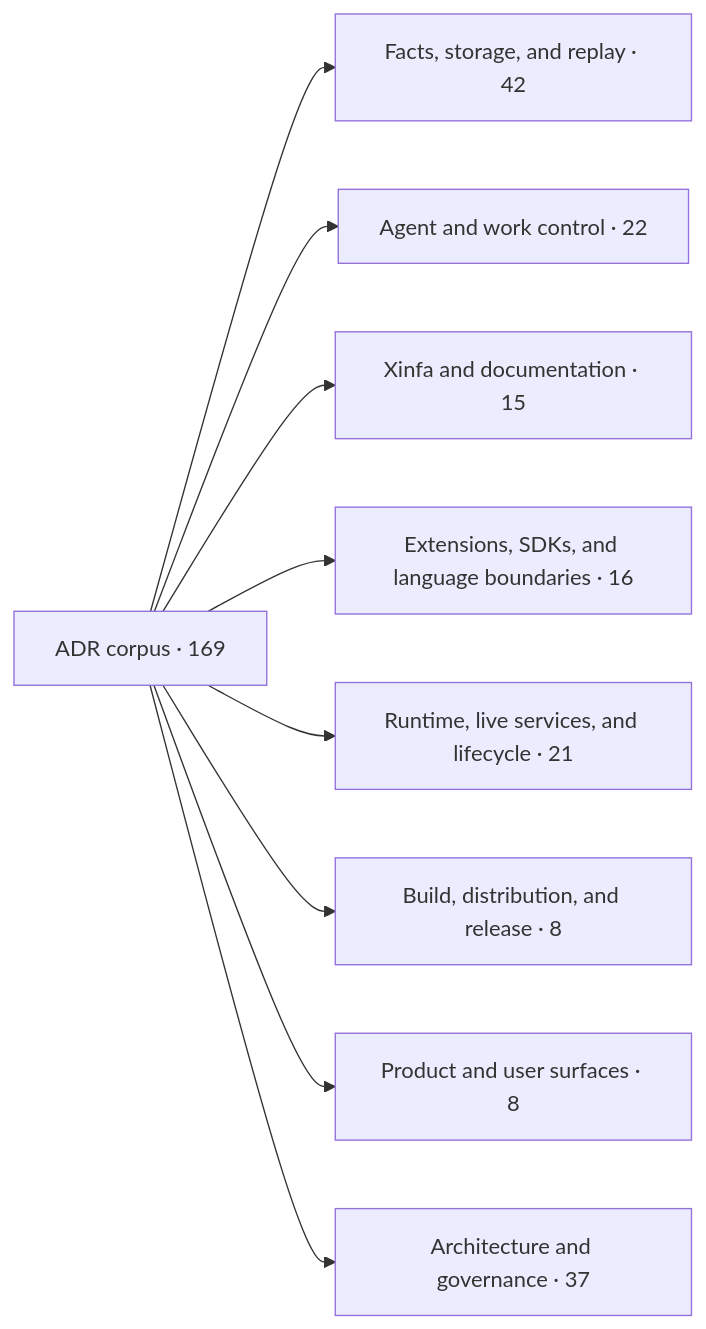
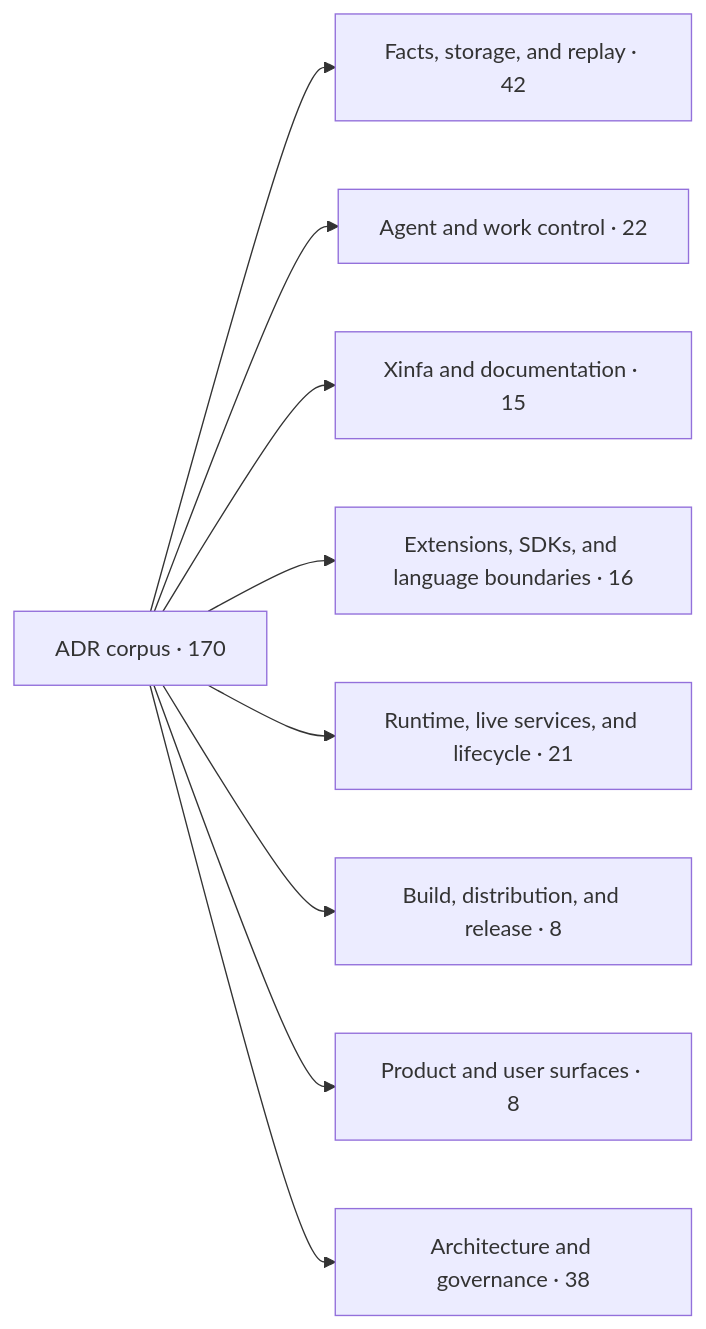
Before and after one commit to PterX/kungfu: the first of 2 diagrams in docs/architecture/adr-map.md, drawn with Mermaid. The commit also changed other lines of this file and 13 other files, not shown here.

````diff
--- a/docs/architecture/adr-map.md
+++ b/docs/architecture/adr-map.md
@@ -20,12 +20,12 @@
 ```mermaid
 flowchart LR
-  root["ADR corpus · 169"]
+  root["ADR corpus · 170"]
   root --> d0["Facts, storage, and replay · 42"]
   root --> d1["Agent and work control · 22"]
   root --> d2["Xinfa and documentation · 15"]
   root --> d3["Extensions, SDKs, and language boundaries · 16"]
   root --> d4["Runtime, live services, and lifecycle · 21"]
   root --> d5["Build, distribution, and release · 8"]
   root --> d6["Product and user surfaces · 8"]
-  root --> d7["Architecture and governance · 37"]
+  root --> d7["Architecture and governance · 38"]
 ```
````
